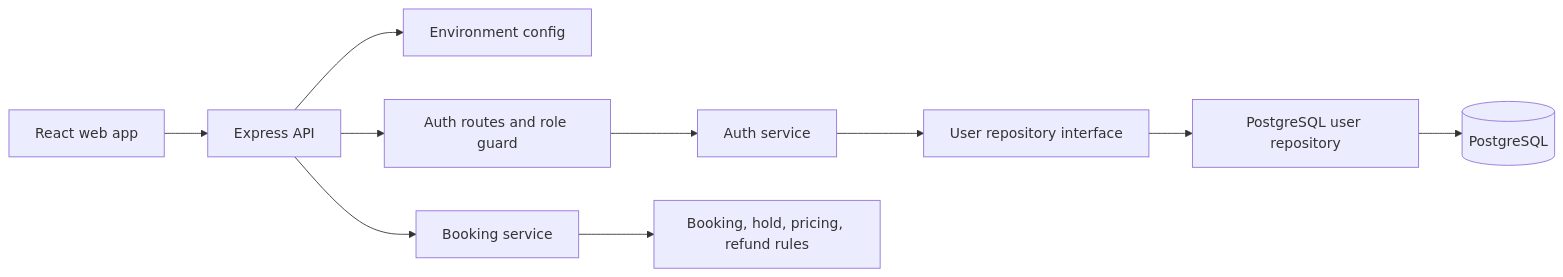
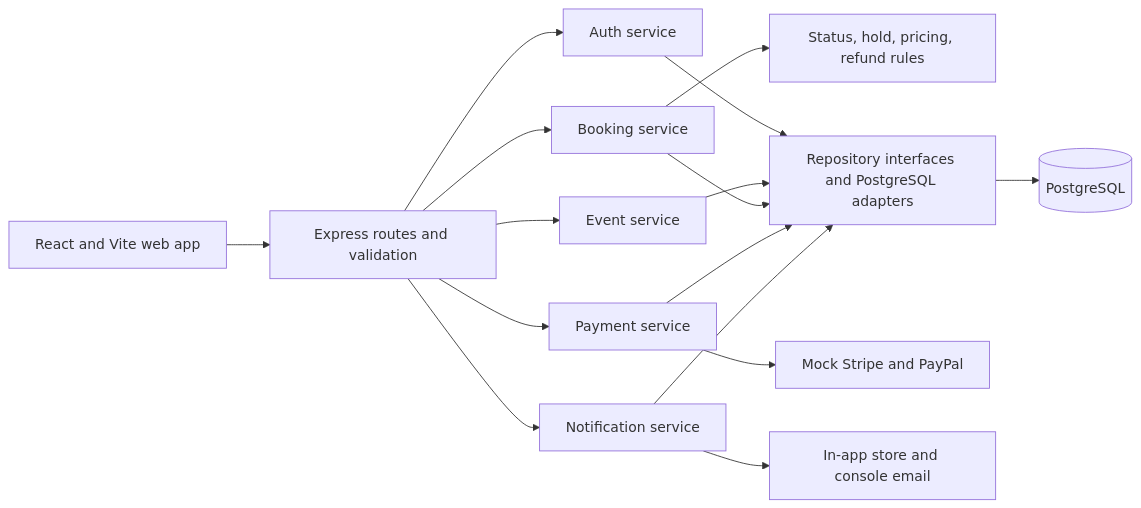
Before and after one commit to meherajmithun/TicketFlow: the diagram in ARCHITECTURE.md, drawn with Mermaid. The commit also changed other lines of this file and 6 other files, not shown here.

````diff
--- a/ARCHITECTURE.md
+++ b/ARCHITECTURE.md
@@ -5,12 +5,18 @@
 ```mermaid
 flowchart LR
-  Browser[React web app] --> API[Express API]
-  API --> Config[Environment config]
-  API --> AuthHTTP[Auth routes and role guard]
-  AuthHTTP --> AuthService[Auth service]
-  AuthService --> UserRepo[User repository interface]
-  UserRepo --> PgUsers[PostgreSQL user repository]
-  PgUsers --> DB[(PostgreSQL)]
-  API --> BookingService[Booking service]
-  BookingService --> Domain[Booking, hold, pricing, refund rules]
+  Browser[React and Vite web app] --> HTTP[Express routes and validation]
+  HTTP --> Auth[Auth service]
+  HTTP --> Events[Event service]
+  HTTP --> Booking[Booking service]
+  HTTP --> Payment[Payment service]
+  HTTP --> Notice[Notification service]
+  Booking --> Rules[Status, hold, pricing, refund rules]
+  Auth --> Repos[Repository interfaces and PostgreSQL adapters]
+  Events --> Repos
+  Booking --> Repos
+  Payment --> Repos
+  Notice --> Repos
+  Repos --> DB[(PostgreSQL)]
+  Payment --> Providers[Mock Stripe and PayPal]
+  Notice --> Channels[In-app store and console email]
 ```
````
